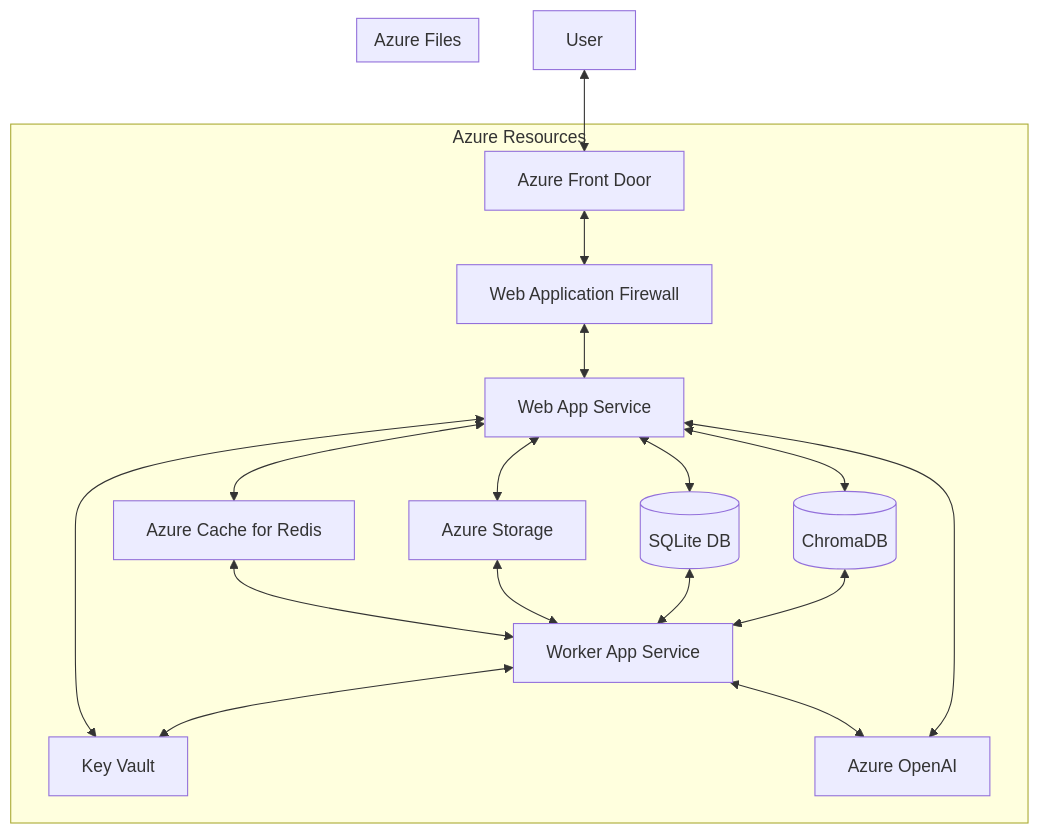
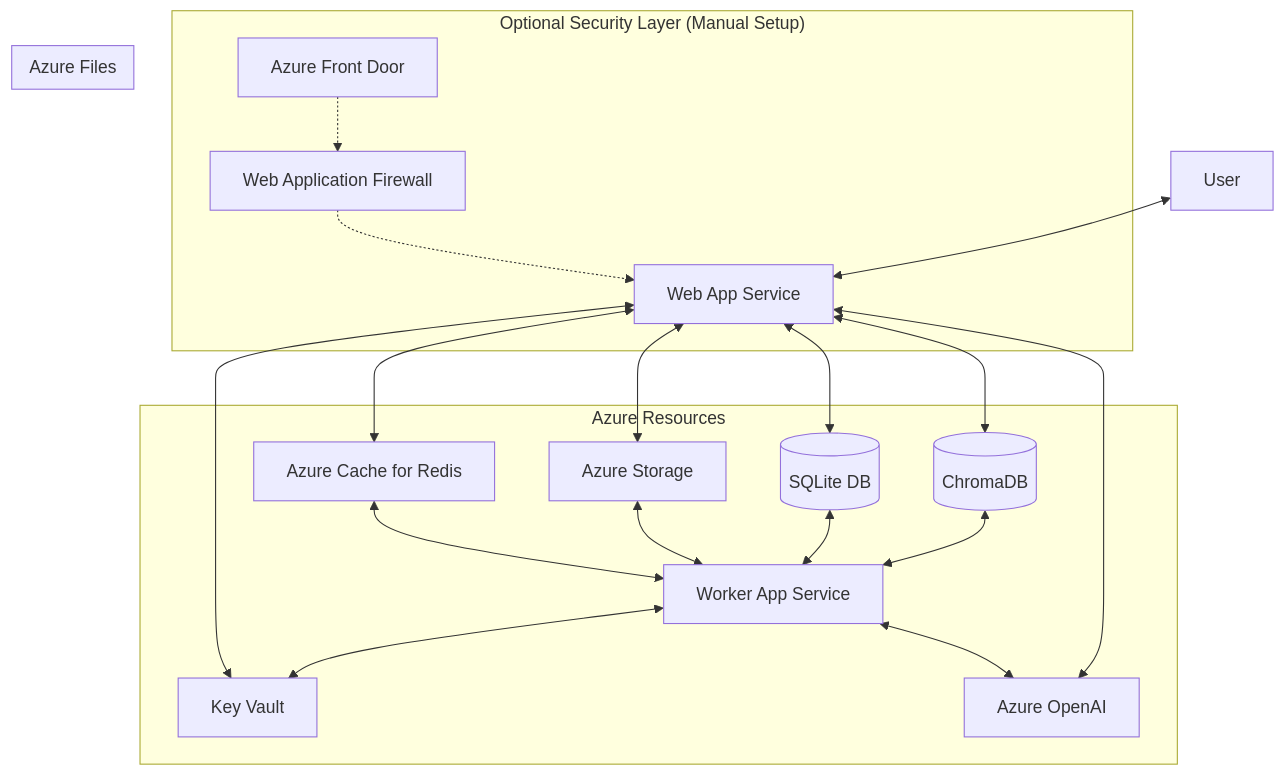
Before and after one commit to mindtalk69/smartlib-pageindex: the seventh of 12 diagrams in docs/azure_marketplace/6_Dataflow_Diagram.md, drawn with Mermaid. The commit also changed other lines of this file and 42 other files, not shown here.

````diff
--- a/docs/azure_marketplace/6_Dataflow_Diagram.md
+++ b/docs/azure_marketplace/6_Dataflow_Diagram.md
@@ -176,36 +178,39 @@
 ```mermaid
 flowchart TD
-    User[User] <--> FD[Azure Front Door]
-    FD <--> WAF[Web Application Firewall]
-    WAF <--> WebApp[Web App Service]
+    User[User] <--> WebApp[Web App Service]
     WebApp <--> KV[Key Vault]
     WebApp <--> Redis[Azure Cache for Redis]
     WebApp <--> Storage[Azure Storage]
     WebApp <--> SQLite[(SQLite DB)]
     WebApp <--> ChromaDB[(ChromaDB)]
     WebApp <--> OAI[Azure OpenAI]
     Redis <--> Worker[Worker App Service]
     Storage <--> Worker
     SQLite <--> Worker
     ChromaDB <--> Worker
     Worker <--> KV
     Worker <--> OAI
     
+    subgraph "Optional Security Layer (Manual Setup)"
+        FD[Azure Front Door]
+        WAF[Web Application Firewall]
+        FD -.-> WAF
+        WAF -.-> WebApp
+    end
+    
     subgraph Azure Resources
-        FD
-        WAF
         WebApp
         Worker
         Redis
         KV
         Storage
         SQLite
         ChromaDB
         OAI
     end
     
     subgraph Azure Files
         SQLite
         ChromaDB
     end
 ```
````
